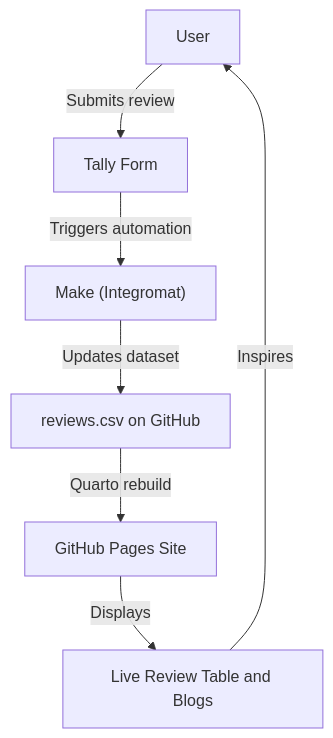
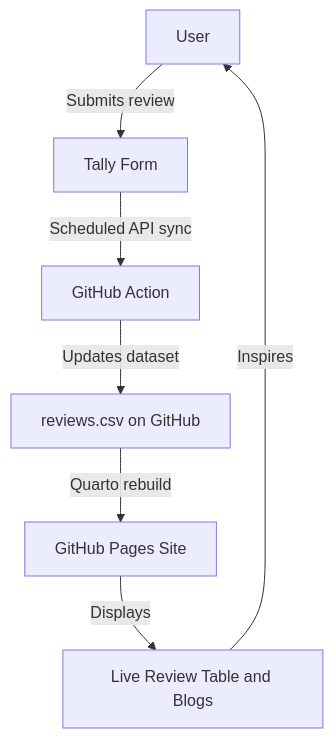
Before and after one commit to Abhirsc/Conscious_Consumers: the diagram in README.md, drawn with Mermaid. The commit also changed other lines of this file and 6 other files, not shown here.

Commit message:
Fix Tally sync for current submissions API

````diff
--- a/README.md
+++ b/README.md
@@ -39,9 +39,9 @@
 ```mermaid
 flowchart TD
     A["User"] -->|Submits review| B["Tally Form"]
-    B -->|Triggers automation| C["Make (Integromat)"]
+    B -->|Scheduled API sync| C["GitHub Action"]
     C -->|Updates dataset| D["reviews.csv on GitHub"]
     D -->|Quarto rebuild| E["GitHub Pages Site"]
     E -->|Displays| F["Live Review Table and Blogs"]
     F -->|Inspires| A
 ```
````
